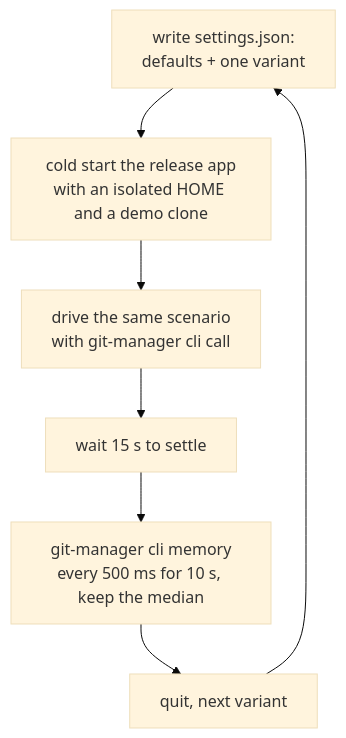
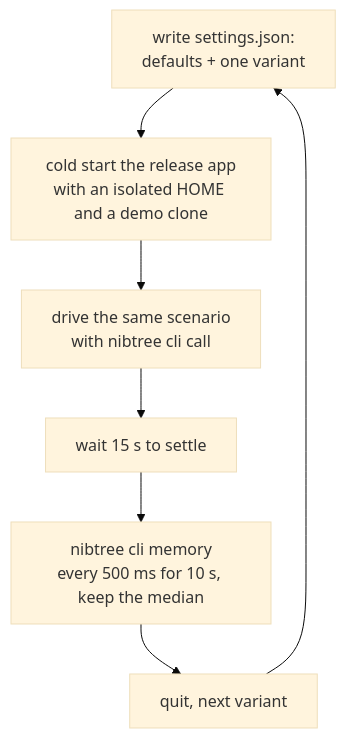
The diagram in docs/wiki/developer/Measuring-Setting-Memory.md (shibbirweb/git-manager), drawn with Mermaid (base theme) before and after one commit. The commit also changed other lines of this file and 268 other files, not shown here.

Commit message:
feat:[GM-142] Git Manager is now Nibtree

````diff
--- a/docs/wiki/developer/Measuring-Setting-Memory.md
+++ b/docs/wiki/developer/Measuring-Setting-Memory.md
@@ -13,9 +13,9 @@
 ```mermaid
 flowchart TD
   S["write settings.json:<br/>defaults + one variant"] --> L["cold start the release app<br/>with an isolated HOME and a demo clone"]
-  L --> D["drive the same scenario<br/>with git-manager cli call"]
+  L --> D["drive the same scenario<br/>with nibtree cli call"]
   D --> W["wait 15 s to settle"]
-  W --> M["git-manager cli memory<br/>every 500 ms for 10 s, keep the median"]
+  W --> M["nibtree cli memory<br/>every 500 ms for 10 s, keep the median"]
   M --> Q["quit, next variant"]
   Q --> S
 ```
````
